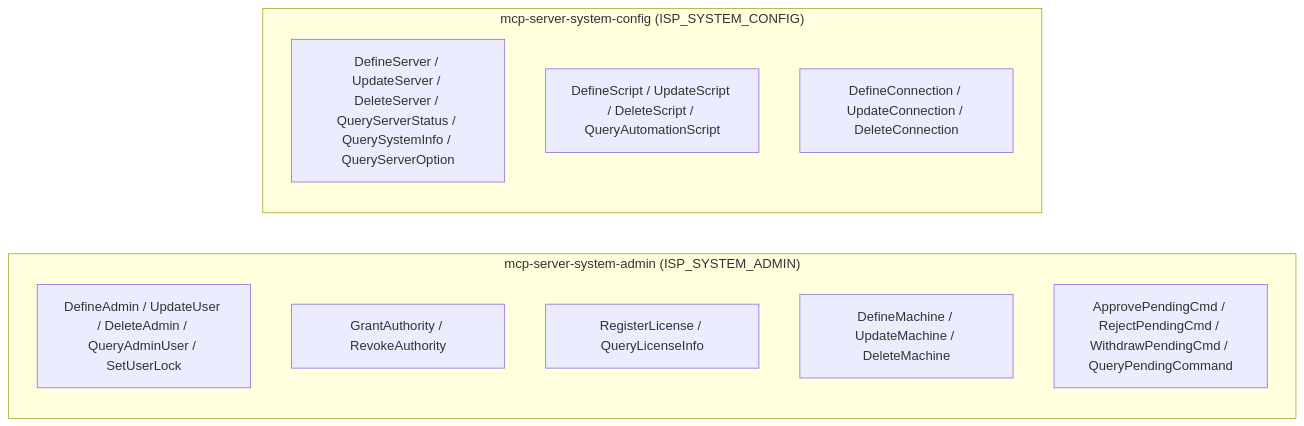
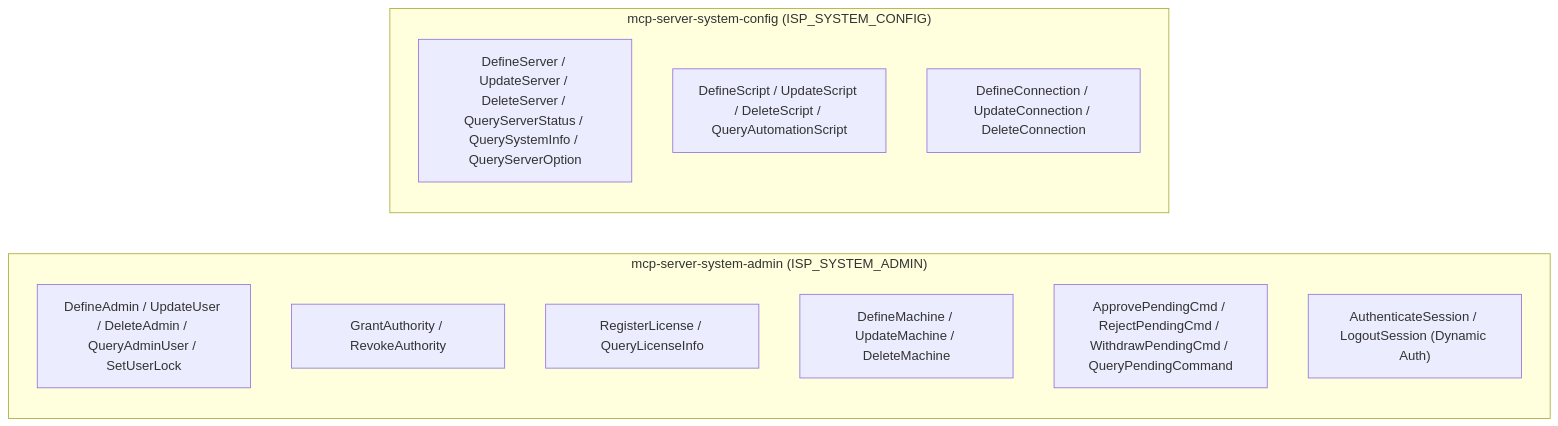
Before and after one commit to albee-jhoney/storage-protect-mcp-server: the diagram in docs/architecture/module-system.md, drawn with Mermaid. The commit also changed other lines of this file and 52 other files, not shown here.

````diff
--- a/docs/architecture/module-system.md
+++ b/docs/architecture/module-system.md
@@ -25,16 +25,17 @@
 ```mermaid
 graph LR
     subgraph SystemAdmin ["mcp-server-system-admin (ISP_SYSTEM_ADMIN)"]
         ADMIN["DefineAdmin / UpdateUser / DeleteAdmin / QueryAdminUser / SetUserLock"]
         AUTH["GrantAuthority / RevokeAuthority"]
         LIC["RegisterLicense / QueryLicenseInfo"]
         MACH["DefineMachine / UpdateMachine / DeleteMachine"]
         APPR["ApprovePendingCmd / RejectPendingCmd / WithdrawPendingCmd / QueryPendingCommand"]
+        DYNAUTH["AuthenticateSession / LogoutSession (Dynamic Auth)"]
     end
 
     subgraph SystemConfig ["mcp-server-system-config (ISP_SYSTEM_CONFIG)"]
         SRV["DefineServer / UpdateServer / DeleteServer / QueryServerStatus / QuerySystemInfo / QueryServerOption"]
         SCRIPT["DefineScript / UpdateScript / DeleteScript / QueryAutomationScript"]
         CONN["DefineConnection / UpdateConnection / DeleteConnection"]
     end
 ```
````
